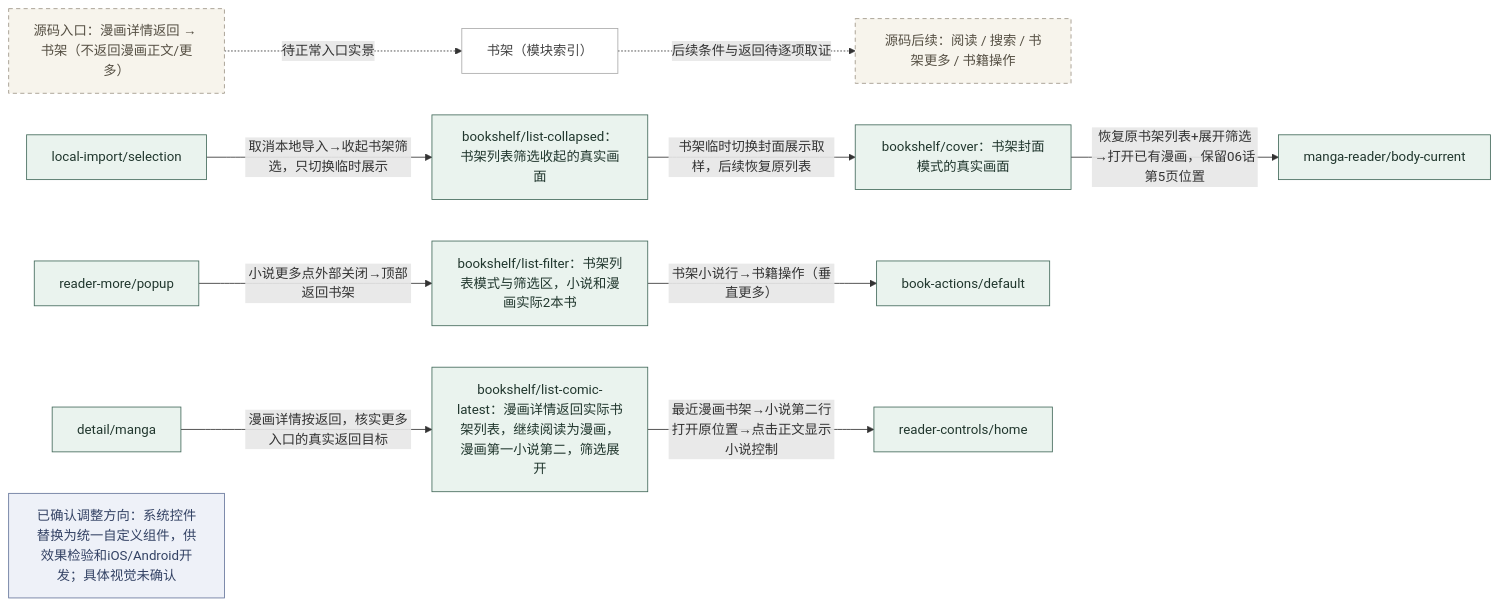
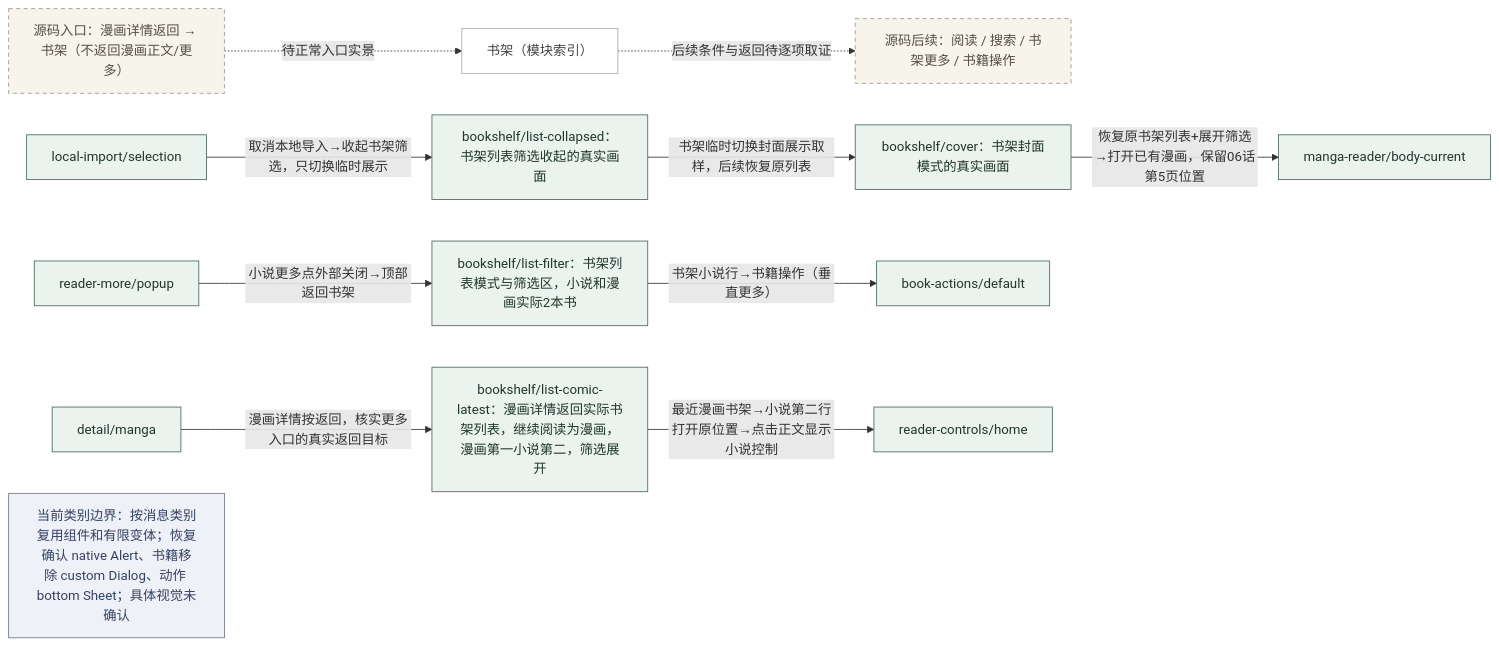
Before and after one commit to minliny/Reader-for-HarmonyOS: the second of 38 diagrams in docs/ui-design/app-baseline/LOGIC.md, drawn with Mermaid. The commit also changed other lines of this file and 16 other files, not shown here.

````diff
--- a/docs/ui-design/app-baseline/LOGIC.md
+++ b/docs/ui-design/app-baseline/LOGIC.md
@@ -23,30 +23,30 @@
 ```mermaid
 flowchart LR
   N1["书架（模块索引）"]:::module
   N2["源码入口：漫画详情返回 → 书架（不返回漫画正文/更多）"]:::pending
   N3["源码后续：阅读 / 搜索 / 书架更多 / 书籍操作"]:::pending
   N2 -.->|待正常入口实景| N1
   N1 -.->|后续条件与返回待逐项取证| N3
   N4["bookshelf/list-filter：书架列表模式与筛选区，小说和漫画实际2本书"]:::observed
   N5["bookshelf/list-collapsed：书架列表筛选收起的真实画面"]:::observed
   N6["bookshelf/cover：书架封面模式的真实画面"]:::observed
   N7["bookshelf/list-comic-latest：漫画详情返回实际书架列表，继续阅读为漫画，漫画第一小说第二，筛选展开"]:::observed
   N8["reader-more/popup"]:::observed
   N8 -->|小说更多点外部关闭→顶部返回书架| N4
   N9["book-actions/default"]:::observed
   N4 -->|书架小说行→书籍操作（垂直更多）| N9
   N10["local-import/selection"]:::observed
   N10 -->|取消本地导入→收起书架筛选，只切换临时展示| N5
   N5 -->|书架临时切换封面展示取样，后续恢复原列表| N6
   N11["manga-reader/body-current"]:::observed
   N6 -->|恢复原书架列表+展开筛选→打开已有漫画，保留06话第5页位置| N11
   N12["detail/manga"]:::observed
   N12 -->|漫画详情按返回，核实更多入口的真实返回目标| N7
   N13["reader-controls/home"]:::observed
   N7 -->|最近漫画书架→小说第二行打开原位置→点击正文显示小说控制| N13
-  N14["已确认调整方向：系统控件替换为统一自定义组件，供效果检验和iOS/Android开发；具体视觉未确认"]:::confirmed
+  N14["当前类别边界：按消息类别复用组件和有限变体；恢复确认 native Alert、书籍移除 custom Dialog、动作 bottom Sheet；具体视觉未确认"]:::confirmed
   classDef observed fill:#eaf3ee,stroke:#42695a,color:#20362d
   classDef pending fill:#f7f4ec,stroke:#9d9587,color:#554f43,stroke-dasharray:5 4
   classDef confirmed fill:#eef1f8,stroke:#65759a,color:#334264
   classDef module fill:#fff,stroke:#aaa,color:#444
 ```
````
